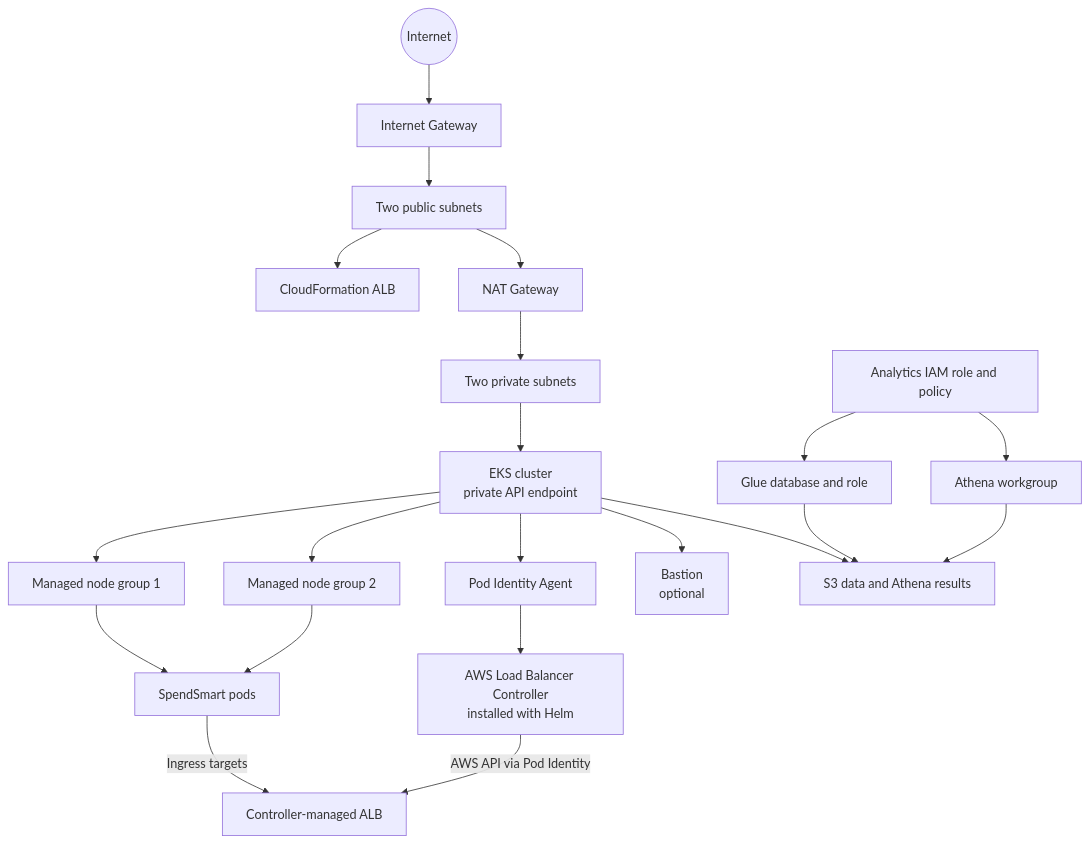
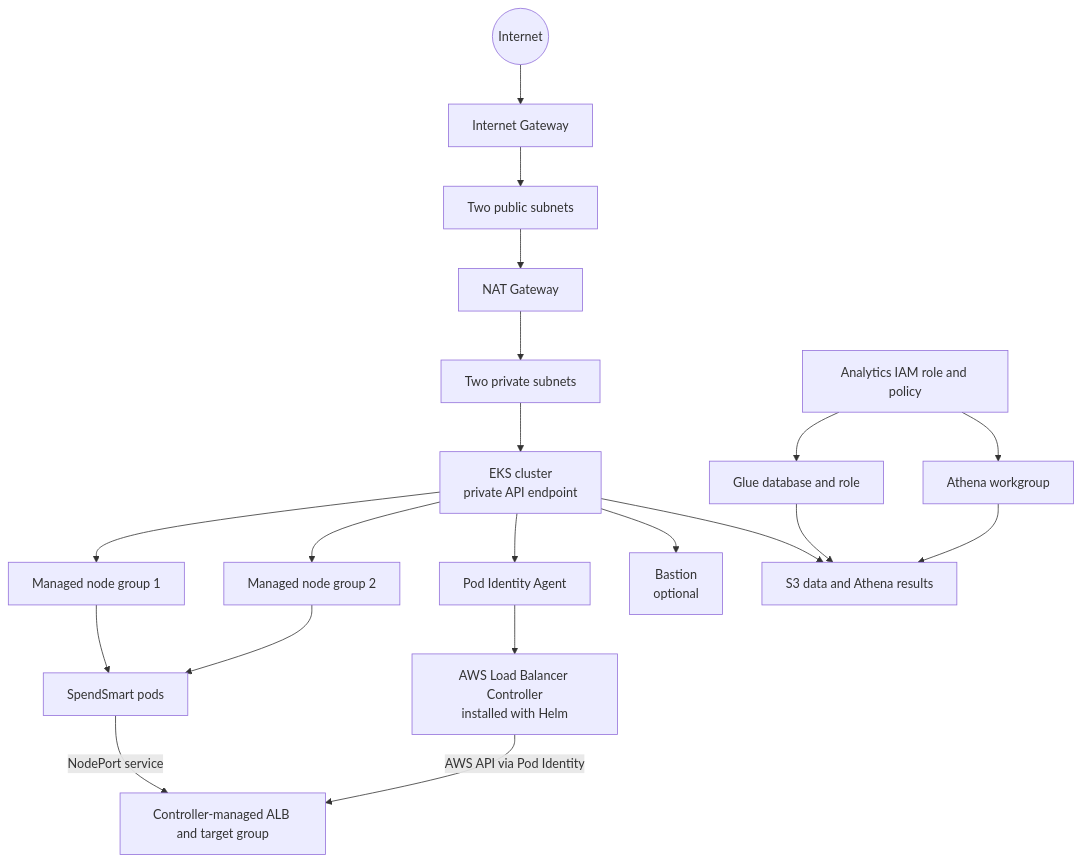
The diagram in CFT/ARCHITECTURE.md (mukeshdevelp/spendsmart), drawn with Mermaid before and after one commit. The commit also changed other lines of this file and 6 other files, not shown here.

````diff
--- a/CFT/ARCHITECTURE.md
+++ b/CFT/ARCHITECTURE.md
@@ -25,23 +26,22 @@
 ```mermaid
 flowchart TB
   Internet((Internet)) --> IGW[Internet Gateway]
   IGW --> Pub[Two public subnets]
-  Pub --> StackALB[CloudFormation ALB]
   Pub --> NAT[NAT Gateway]
   NAT --> Priv[Two private subnets]
   Priv --> EKS[EKS cluster\nprivate API endpoint]
   EKS --> NG1[Managed node group 1]
   EKS --> NG2[Managed node group 2]
   NG1 --> Pod[SpendSmart pods]
   NG2 --> Pod
-  Pod -->|Ingress targets| IngressALB[Controller-managed ALB]
+  Pod -->|NodePort service| IngressALB[Controller-managed ALB and target group]
   EKS --> PI[Pod Identity Agent]
   PI --> LBC[AWS Load Balancer Controller\ninstalled with Helm]
   LBC -->|AWS API via Pod Identity| IngressALB
   EKS --> Bastion[Bastion\noptional]
   EKS --> S3[S3 data and Athena results]
   Glue[Glue database and role] --> S3
   Athena[Athena workgroup] --> S3
   Analytics[Analytics IAM role and policy] --> Glue
   Analytics --> Athena
 ```
````
